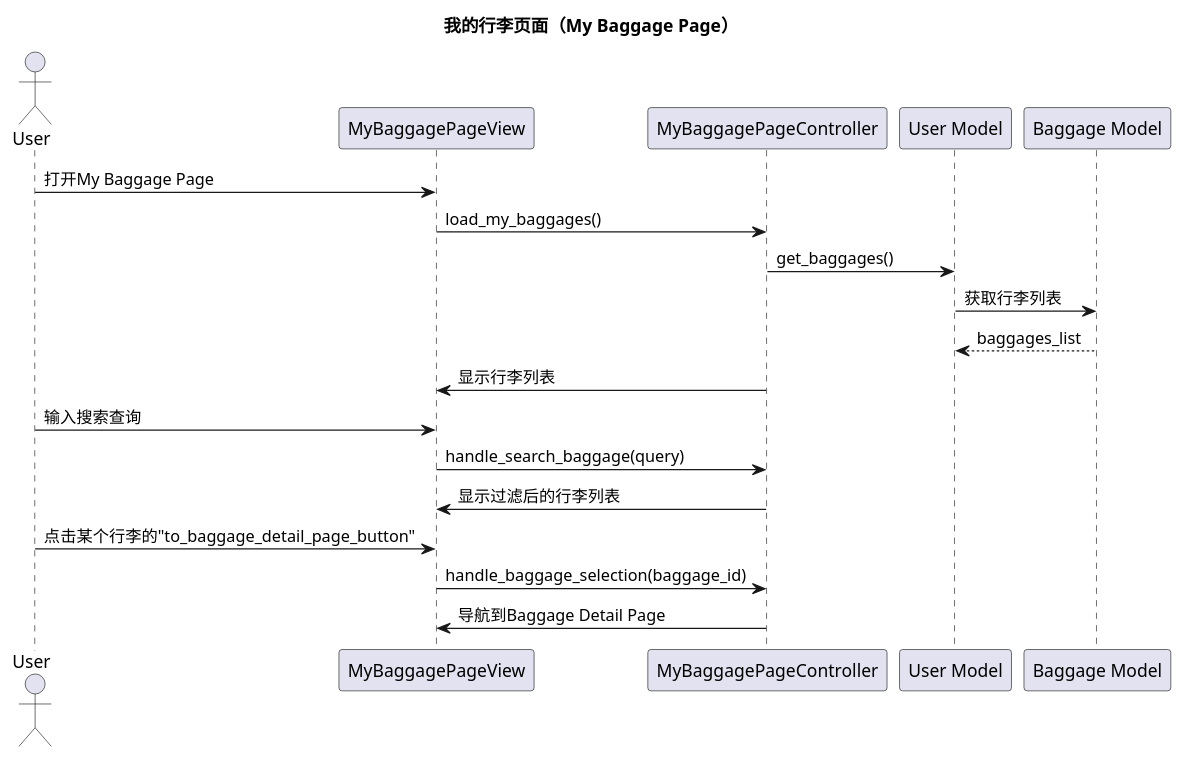
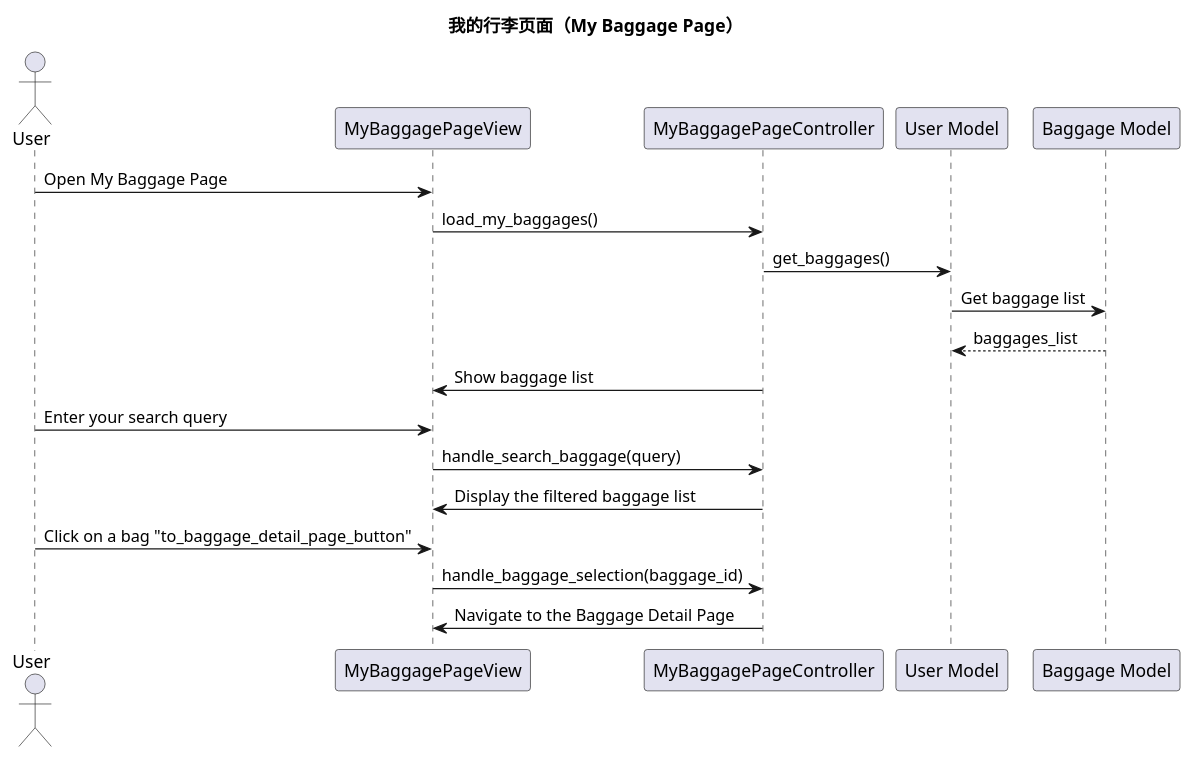
Diagram 13 of 16 in planing/class_diagrams.md (violeteye1234/group23_COMPS350F), drawn with PlantUML before and after one commit. The commit also changed other lines of this file and 45 other files, not shown here.

````diff
--- a/planing/class_diagrams.md
+++ b/planing/class_diagrams.md
@@ -391,24 +391,24 @@
 ```plantuml
 @startuml
 title 我的行李页面（My Baggage Page）
 
 actor User
 participant "MyBaggagePageView" as View
 participant "MyBaggagePageController" as Controller
 participant "User Model" as UserModel
 participant "Baggage Model" as BaggageModel
 
-User -> View: 打开My Baggage Page
+User -> View: Open My Baggage Page
 View -> Controller: load_my_baggages()
 Controller -> UserModel: get_baggages()
-UserModel -> BaggageModel: 获取行李列表
+UserModel -> BaggageModel: Get baggage list
 BaggageModel --> UserModel: baggages_list
-Controller -> View: 显示行李列表
-User -> View: 输入搜索查询
+Controller -> View: Show baggage list
+User -> View: Enter your search query
 View -> Controller: handle_search_baggage(query)
-Controller -> View: 显示过滤后的行李列表
-User -> View: 点击某个行李的"to_baggage_detail_page_button"
+Controller -> View: Display the filtered baggage list
+User -> View: Click on a bag "to_baggage_detail_page_button"
 View -> Controller: handle_baggage_selection(baggage_id)
-Controller -> View: 导航到Baggage Detail Page
+Controller -> View: Navigate to the Baggage Detail Page
 @enduml
 ```
````
